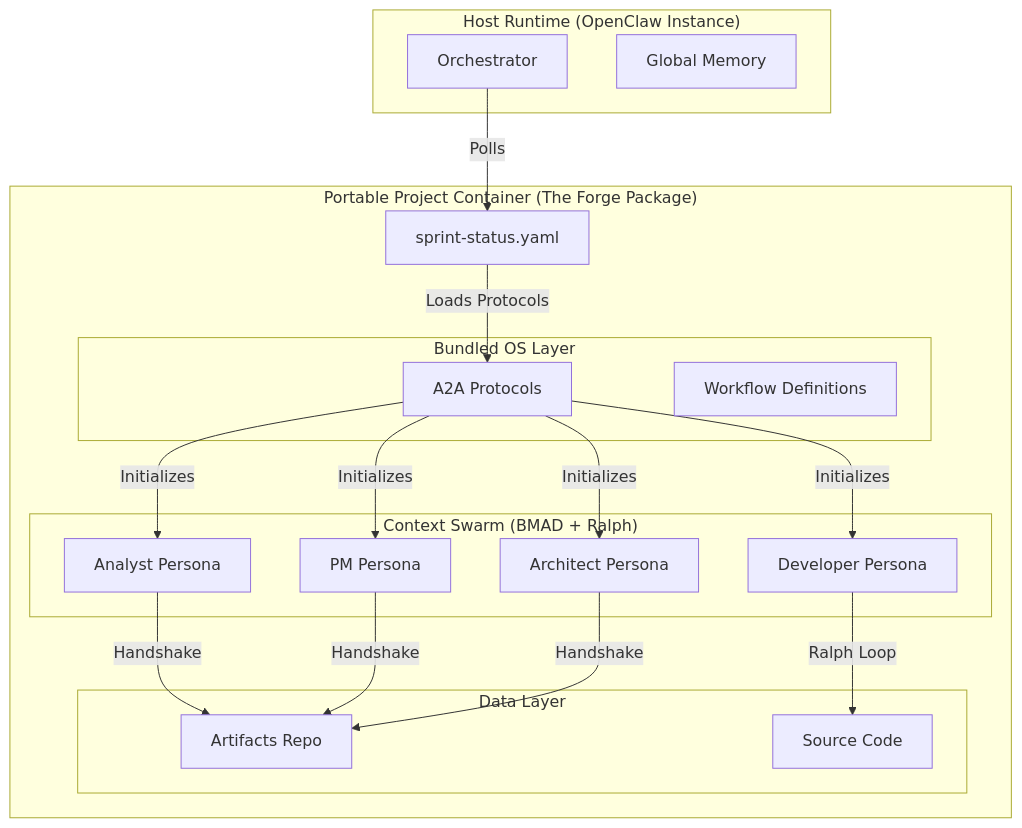
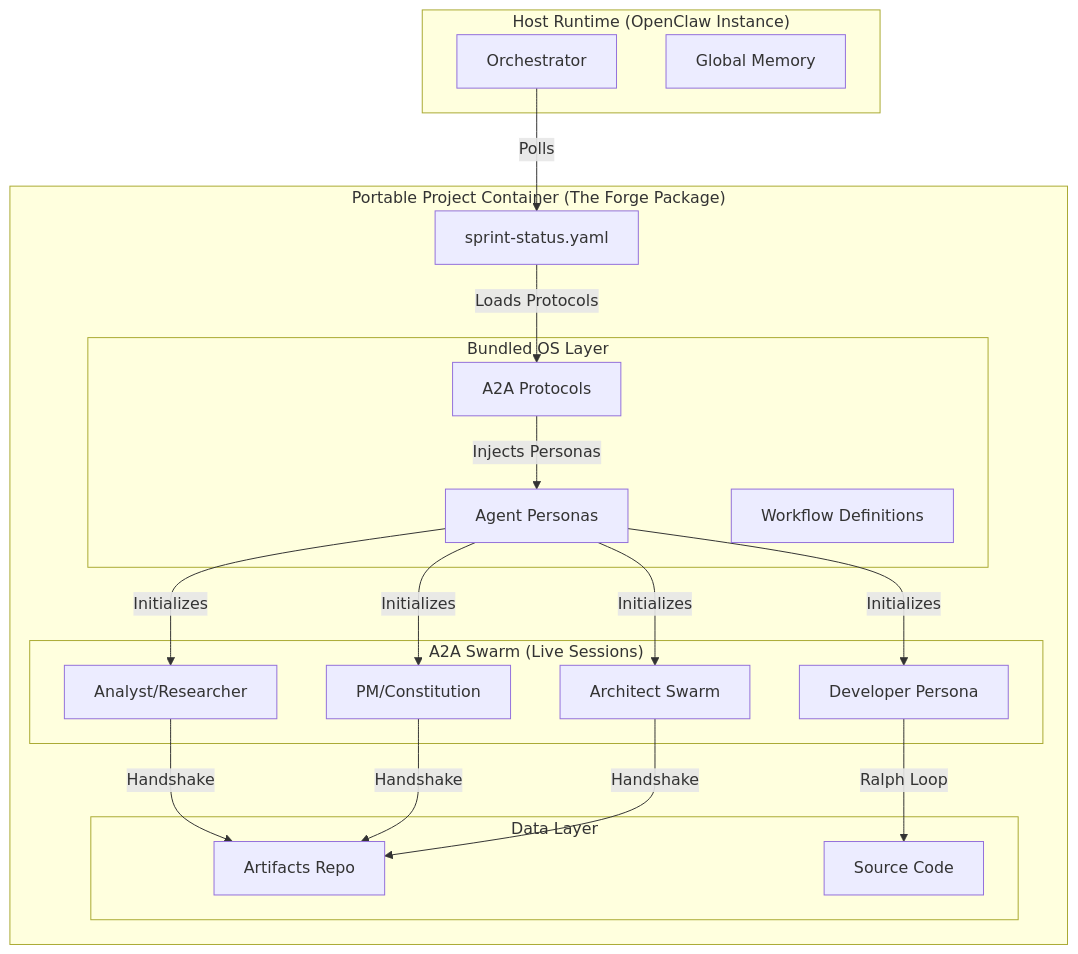
The first of 4 diagrams in factory-os/PRD_Agentic_Forge_v2.md (vamshigunji/ANT-Coding), drawn with Mermaid before and after one commit. The commit also changed other lines of this file and 2 other files, not shown here.

Commit message:
Decouple Agent Personas from Protocols in PRD and Backlog

````diff
--- a/factory-os/PRD_Agentic_Forge_v2.md
+++ b/factory-os/PRD_Agentic_Forge_v2.md
@@ -43,40 +44,42 @@
 ```mermaid
 graph TD
     subgraph "Host Runtime (OpenClaw Instance)"
         MC[Orchestrator]
         Memory[Global Memory]
     end
 
     subgraph "Portable Project Container (The Forge Package)"
         State[sprint-status.yaml]
         
         subgraph "Bundled OS Layer"
             Protocols[A2A Protocols]
+            Personas[Agent Personas]
             Workflows[Workflow Definitions]
         end
 
-        subgraph "Context Swarm (BMAD + Ralph)"
-            Analyst[Analyst Persona]
-            PM[PM Persona]
-            Arch[Architect Persona]
+        subgraph "A2A Swarm (Live Sessions)"
+            Analyst[Analyst/Researcher]
+            PM[PM/Constitution]
+            Arch[Architect Swarm]
             Dev[Developer Persona]
         end
 
         subgraph "Data Layer"
             Artifacts[Artifacts Repo]
             Code[Source Code]
         end
     end
 
     MC -->|Polls| State
     State -->|Loads Protocols| Protocols
-    Protocols -->|Initializes| Analyst
-    Protocols -->|Initializes| PM
-    Protocols -->|Initializes| Arch
-    Protocols -->|Initializes| Dev
+    Protocols -->|Injects Personas| Personas
+    Personas -->|Initializes| Analyst
+    Personas -->|Initializes| PM
+    Personas -->|Initializes| Arch
+    Personas -->|Initializes| Dev
     
     Analyst -->|Handshake| Artifacts
     PM -->|Handshake| Artifacts
     Arch -->|Handshake| Artifacts
     Dev -->|Ralph Loop| Code
 ```
````
